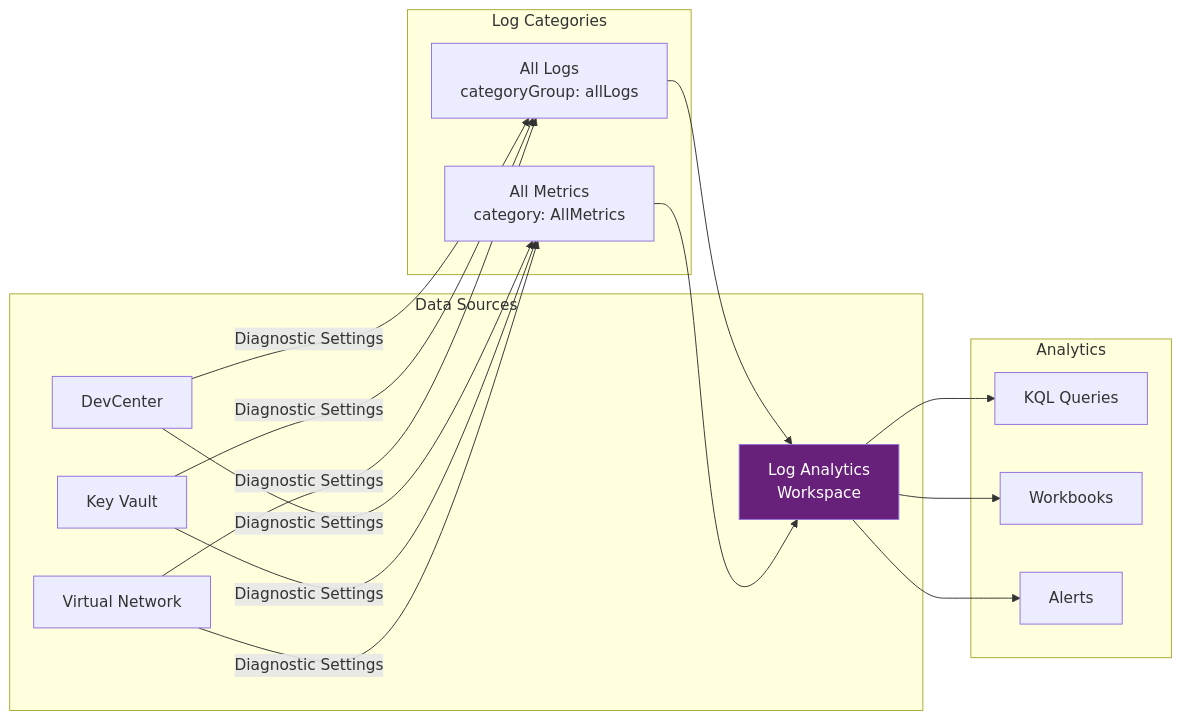
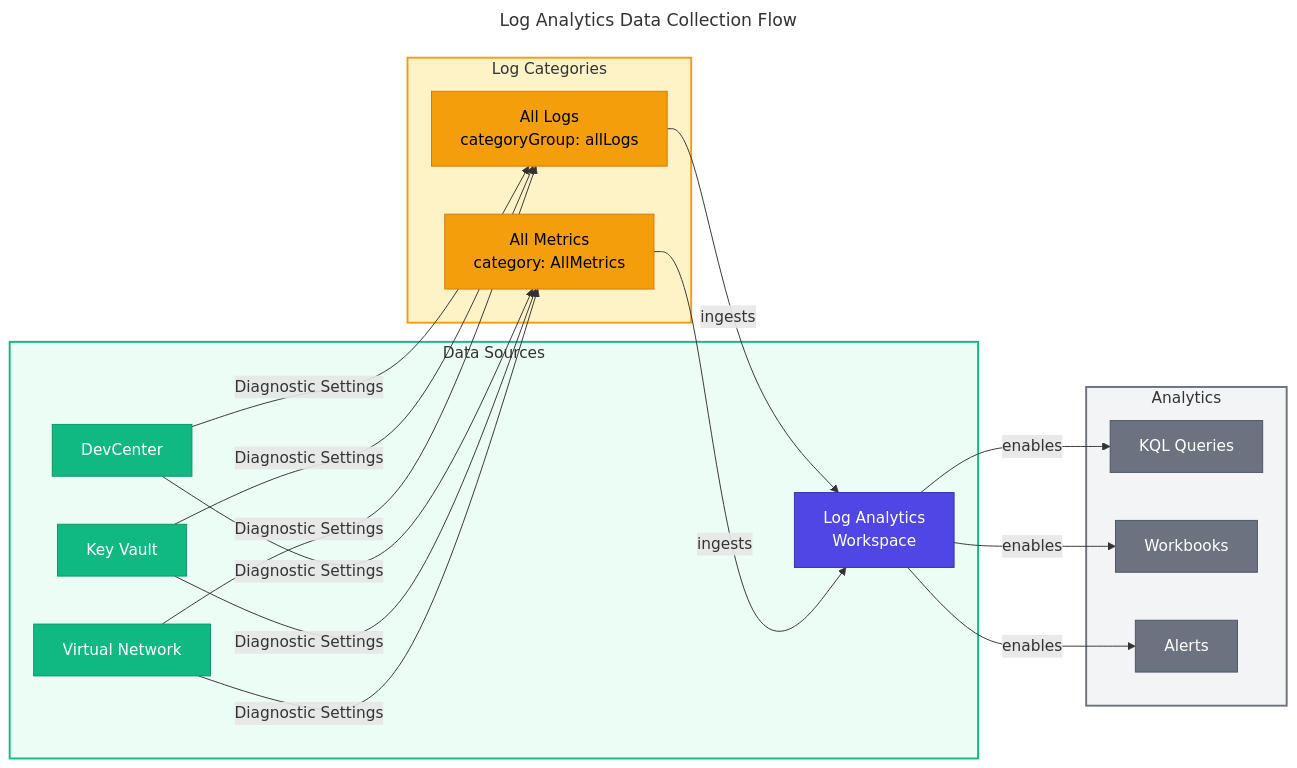
One commit to Evilazaro/DevExp-DevBox changed the fifth of 8 diagrams in docs/architecture/02-data-architecture.md. Above: the diagram before and after it, drawn with Mermaid.

Commit message:
Refactor Log Analytics Data Collection diagram for improved clarity and navigation by enhancing node relationships, class definitions, and styles.

````diff
--- a/docs/architecture/02-data-architecture.md
+++ b/docs/architecture/02-data-architecture.md
@@ -449,37 +449,59 @@
 ```mermaid
+---
+title: Log Analytics Data Collection Flow
+---
 graph LR
-    subgraph "Data Sources"
-        DC[DevCenter]
-        KV[Key Vault]
-        VNET[Virtual Network]
-        LA[Log Analytics<br/>Workspace]
+    %% ===== DATA SOURCES =====
+    subgraph dataSources["Data Sources"]
+        DC["DevCenter"]
+        KV["Key Vault"]
+        VNET["Virtual Network"]
+        LA["Log Analytics<br/>Workspace"]
     end
     
-    subgraph "Log Categories"
-        LOGS[All Logs<br/>categoryGroup: allLogs]
-        MET[All Metrics<br/>category: AllMetrics]
+    %% ===== LOG CATEGORIES =====
+    subgraph logCategories["Log Categories"]
+        LOGS["All Logs<br/>categoryGroup: allLogs"]
+        MET["All Metrics<br/>category: AllMetrics"]
     end
     
-    subgraph "Analytics"
-        QRY[KQL Queries]
-        WBK[Workbooks]
-        ALR[Alerts]
+    %% ===== ANALYTICS =====
+    subgraph analytics["Analytics"]
+        QRY["KQL Queries"]
+        WBK["Workbooks"]
+        ALR["Alerts"]
     end
     
+    %% ===== RELATIONSHIPS =====
     DC -->|Diagnostic Settings| LOGS
     KV -->|Diagnostic Settings| LOGS
     VNET -->|Diagnostic Settings| LOGS
     
     DC -->|Diagnostic Settings| MET
     KV -->|Diagnostic Settings| MET
     VNET -->|Diagnostic Settings| MET
     
-    LOGS --> LA
-    MET --> LA
+    LOGS -->|ingests| LA
+    MET -->|ingests| LA
     
-    LA --> QRY
-    LA --> WBK
-    LA --> ALR
+    LA -->|enables| QRY
+    LA -->|enables| WBK
+    LA -->|enables| ALR
     
-    style LA fill:#68217A,color:#fff
+    %% ===== CLASS DEFINITIONS =====
+    classDef primary fill:#4F46E5,stroke:#3730A3,color:#FFFFFF
+    classDef secondary fill:#10B981,stroke:#059669,color:#FFFFFF
+    classDef datastore fill:#F59E0B,stroke:#D97706,color:#000000
+    classDef external fill:#6B7280,stroke:#4B5563,color:#FFFFFF
+    
+    %% ===== CLASS ASSIGNMENTS =====
+    class LA primary
+    class DC,KV,VNET secondary
+    class LOGS,MET datastore
+    class QRY,WBK,ALR external
+    
+    %% ===== SUBGRAPH STYLES =====
+    style dataSources fill:#ECFDF5,stroke:#10B981,stroke-width:2px
+    style logCategories fill:#FEF3C7,stroke:#F59E0B,stroke-width:2px
+    style analytics fill:#F3F4F6,stroke:#6B7280,stroke-width:2px
 ```
````
